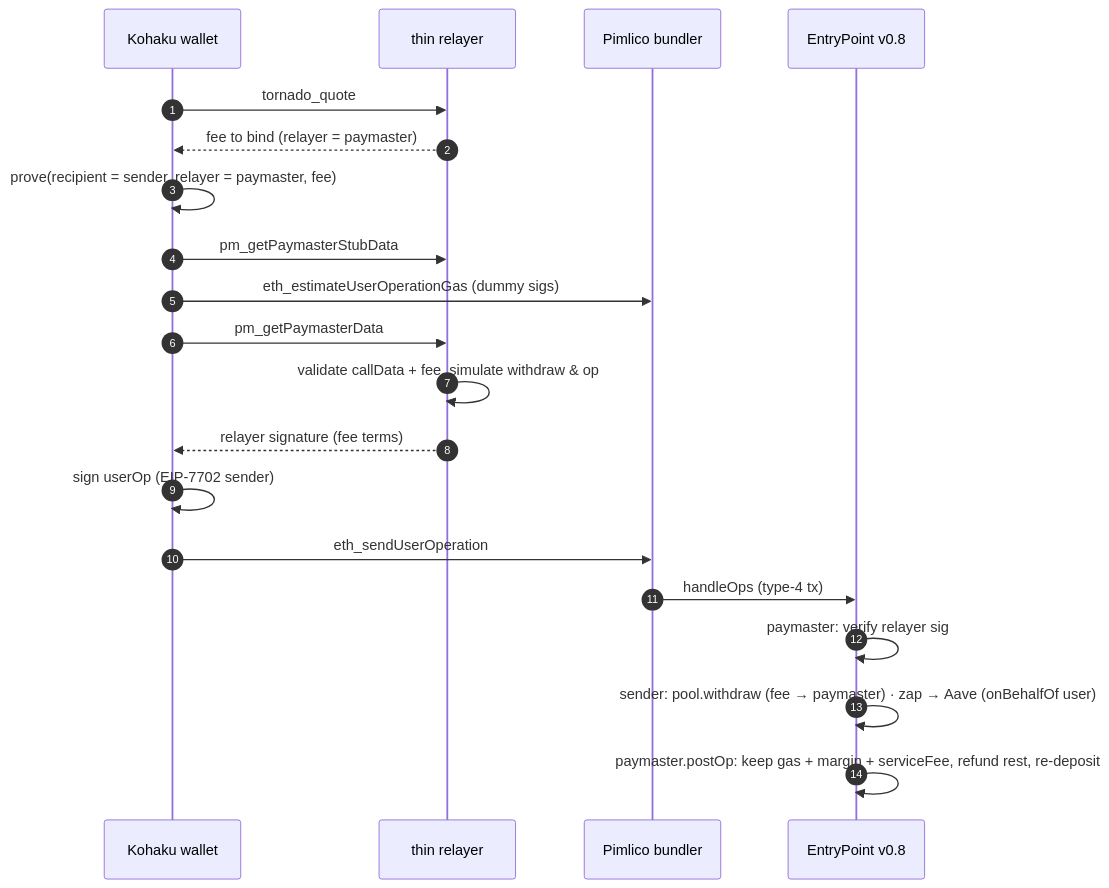
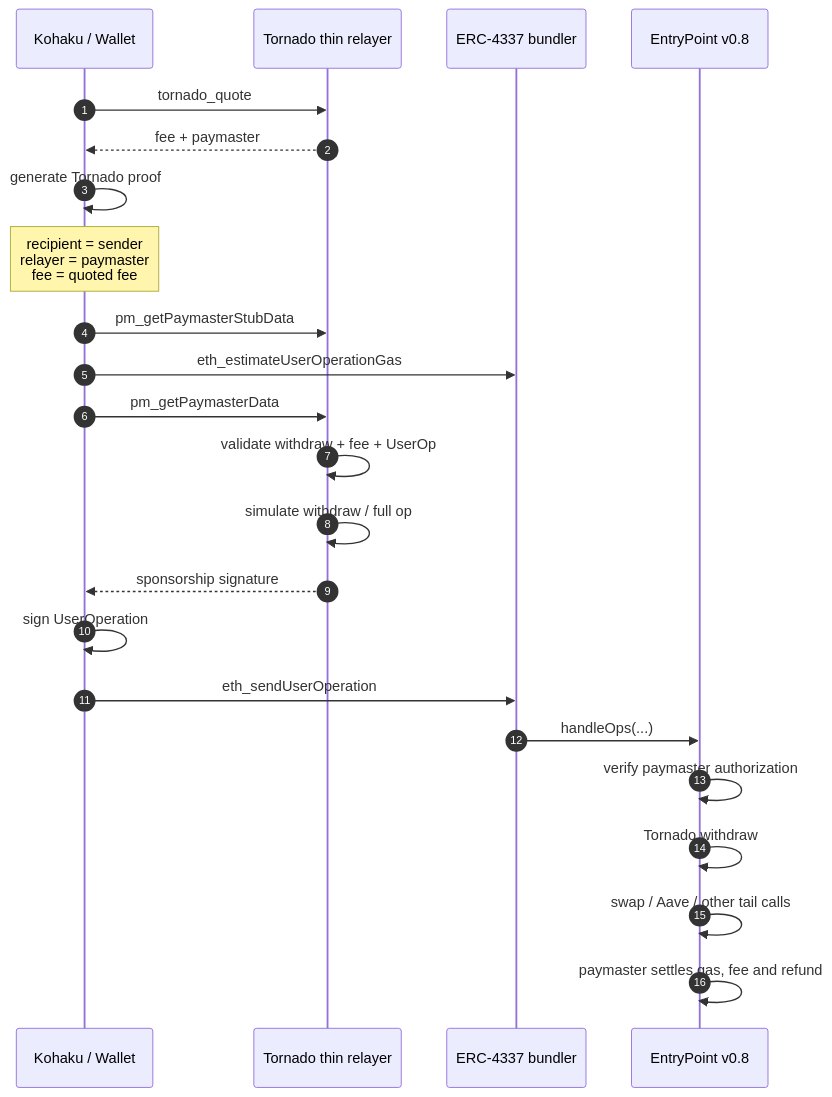
The diagram in README.md (dyzz/tornado-4337-relayer), drawn with Mermaid before and after one commit. The commit also changed other lines of this file and 5 other files, not shown here.

````diff
--- a/README.md
+++ b/README.md
@@ -8,23 +151,33 @@
 ```mermaid
 sequenceDiagram
     autonumber
-    participant W as Kohaku wallet
-    participant R as thin relayer
-    participant B as Pimlico bundler
+
+    participant W as Kohaku / Wallet
+    participant R as Tornado thin relayer
+    participant B as ERC-4337 bundler
     participant E as EntryPoint v0.8
 
     W->>R: tornado_quote
-    R-->>W: fee to bind (relayer = paymaster)
-    W->>W: prove(recipient = sender, relayer = paymaster, fee)
+    R-->>W: fee + paymaster
+
+    W->>W: generate Tornado proof
+    Note over W: recipient = sender<br/>relayer = paymaster<br/>fee = quoted fee
+
     W->>R: pm_getPaymasterStubData
-    W->>B: eth_estimateUserOperationGas (dummy sigs)
+    W->>B: eth_estimateUserOperationGas
+
     W->>R: pm_getPaymasterData
-    R->>R: validate callData + fee, simulate withdraw & op
-    R-->>W: relayer signature (fee terms)
-    W->>W: sign userOp (EIP-7702 sender)
+    R->>R: validate withdraw + fee + UserOp
+    R->>R: simulate withdraw / full op
+    R-->>W: sponsorship signature
+
+    W->>W: sign UserOperation
     W->>B: eth_sendUserOperation
-    B->>E: handleOps (type-4 tx)
-    E->>E: paymaster: verify relayer sig
-    E->>E: sender: pool.withdraw (fee → paymaster) · zap → Aave (onBehalfOf user)
-    E->>E: paymaster.postOp: keep gas + margin + serviceFee, refund rest, re-deposit
+
+    B->>E: handleOps(...)
+
+    E->>E: verify paymaster authorization
+    E->>E: Tornado withdraw
+    E->>E: swap / Aave / other tail calls
+    E->>E: paymaster settles gas, fee and refund
 ```
````
